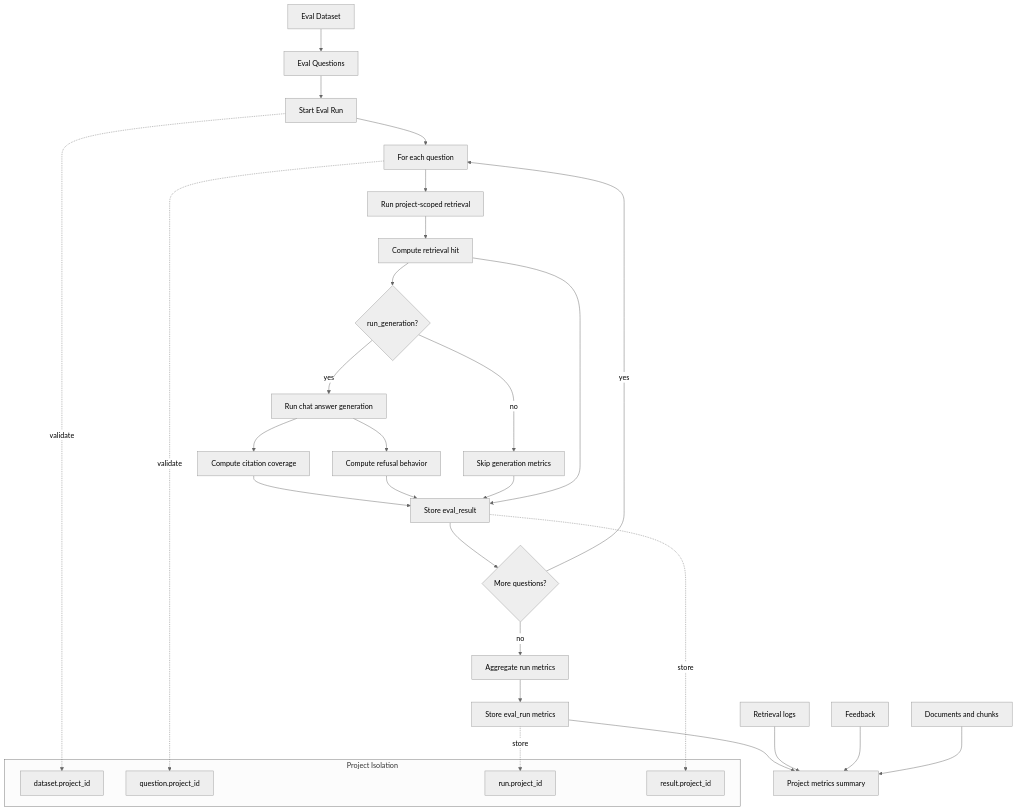
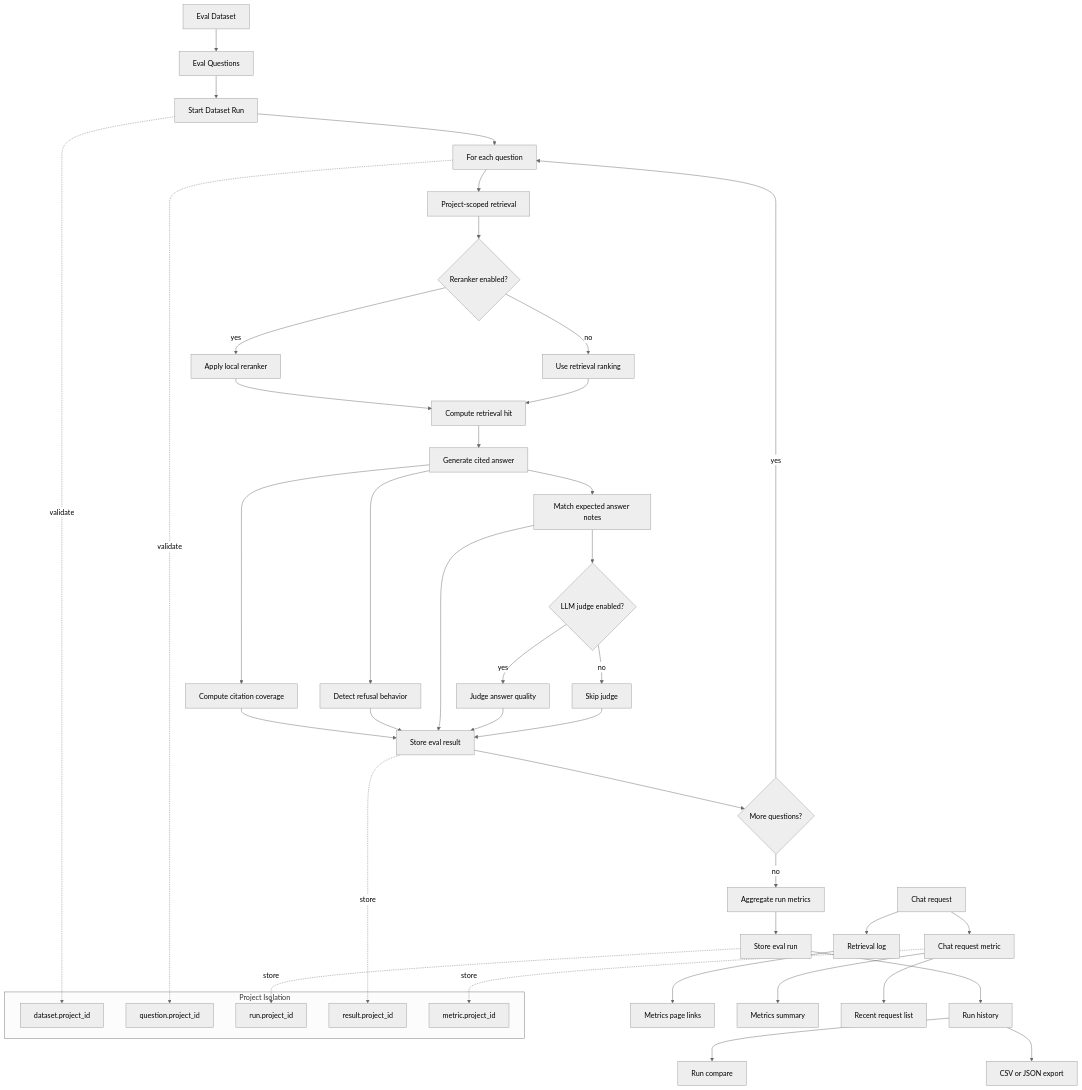
Before and after one commit to Jeddy-PAN/RAG-Platform-4LS: the diagram in docs/superpowers/diagrams/evaluation-and-metrics-flow.mmd, drawn with Mermaid (neutral theme). The commit also changed 8 other files, not shown here.

```diff
--- a/docs/superpowers/diagrams/evaluation-and-metrics-flow.mmd
+++ b/docs/superpowers/diagrams/evaluation-and-metrics-flow.mmd
@@ -1,41 +1,53 @@
 flowchart TD
     A[Eval Dataset] --> B[Eval Questions]
-    B --> C[Start Eval Run]
+    B --> C[Start Dataset Run]
     C --> D[For each question]
 
-    D --> E[Run project-scoped retrieval]
-    E --> F[Compute retrieval hit]
-    F --> G{run_generation?}
+    D --> E[Project-scoped retrieval]
+    E --> F{Reranker enabled?}
+    F -->|yes| G[Apply local reranker]
+    F -->|no| H[Use retrieval ranking]
+    G --> I[Compute retrieval hit]
+    H --> I
 
-    G -->|yes| H[Run chat answer generation]
-    H --> I[Compute citation coverage]
-    H --> J[Compute refusal behavior]
+    I --> J[Generate cited answer]
+    J --> K[Compute citation coverage]
+    J --> L[Detect refusal behavior]
+    J --> M[Match expected answer notes]
+    M --> N{LLM judge enabled?}
+    N -->|yes| O[Judge answer quality]
+    N -->|no| P[Skip judge]
 
-    G -->|no| K[Skip generation metrics]
+    K --> Q[Store eval result]
+    L --> Q
+    M --> Q
+    O --> Q
+    P --> Q
 
-    I --> L[Store eval_result]
-    J --> L
-    K --> L
-    F --> L
+    Q --> R{More questions?}
+    R -->|yes| D
+    R -->|no| S[Aggregate run metrics]
+    S --> T[Store eval run]
+    T --> U[Run history]
+    U --> V[Run compare]
+    U --> W[CSV or JSON export]
 
-    L --> M{More questions?}
-    M -->|yes| D
-    M -->|no| N[Aggregate run metrics]
-    N --> O[Store eval_run metrics]
-
-    O --> P[Project metrics summary]
-    Q[Retrieval logs] --> P
-    R[Feedback] --> P
-    S[Documents and chunks] --> P
+    X[Chat request] --> Y[Retrieval log]
+    X --> Z[Chat request metric]
+    Y --> AA[Metrics page links]
+    Z --> AB[Metrics summary]
+    Z --> AC[Recent request list]
 
     subgraph Isolation[Project Isolation]
-        X[dataset.project_id]
-        Y[question.project_id]
-        Z[run.project_id]
-        W[result.project_id]
+        P1[dataset.project_id]
+        P2[question.project_id]
+        P3[run.project_id]
+        P4[result.project_id]
+        P5[metric.project_id]
     end
 
-    C -. validate .-> X
-    D -. validate .-> Y
-    O -. store .-> Z
-    L -. store .-> W
+    C -. validate .-> P1
+    D -. validate .-> P2
+    T -. store .-> P3
+    Q -. store .-> P4
+    Z -. store .-> P5
```
